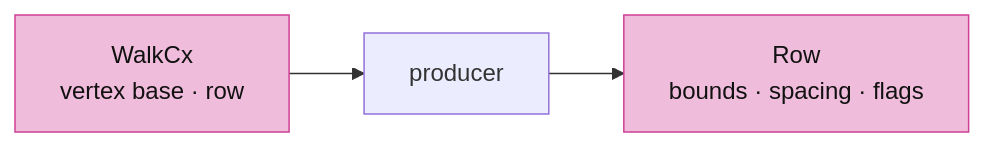
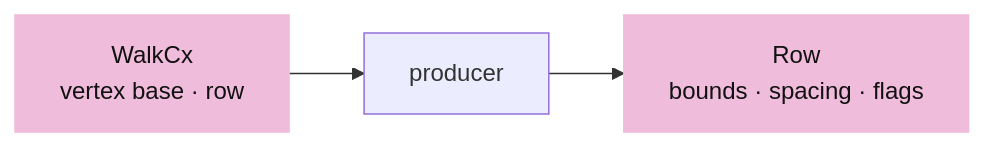
Before and after one commit to petrasvestartas/session: the fourth of 14 diagrams in session_viewer/docs/06-cad-contract.md, drawn with Mermaid. The commit also changed other lines of this file and 324 other files, not shown here.

````diff
--- a/session_viewer/docs/06-cad-contract.md
+++ b/session_viewer/docs/06-cad-contract.md
@@ -80,7 +86,7 @@
 ```mermaid
 flowchart LR
     C["WalkCx<br/>vertex base · row"] --> P["producer"]
     P --> R["Row<br/>bounds · spacing · flags"]
-    style C fill:#f0bcdb,stroke:#ce4095,color:#111
-    style R fill:#f0bcdb,stroke:#ce4095,color:#111
+    style C fill:#f0bcdb,stroke:#f0bcdb,color:#111
+    style R fill:#f0bcdb,stroke:#f0bcdb,color:#111
 ```
````
